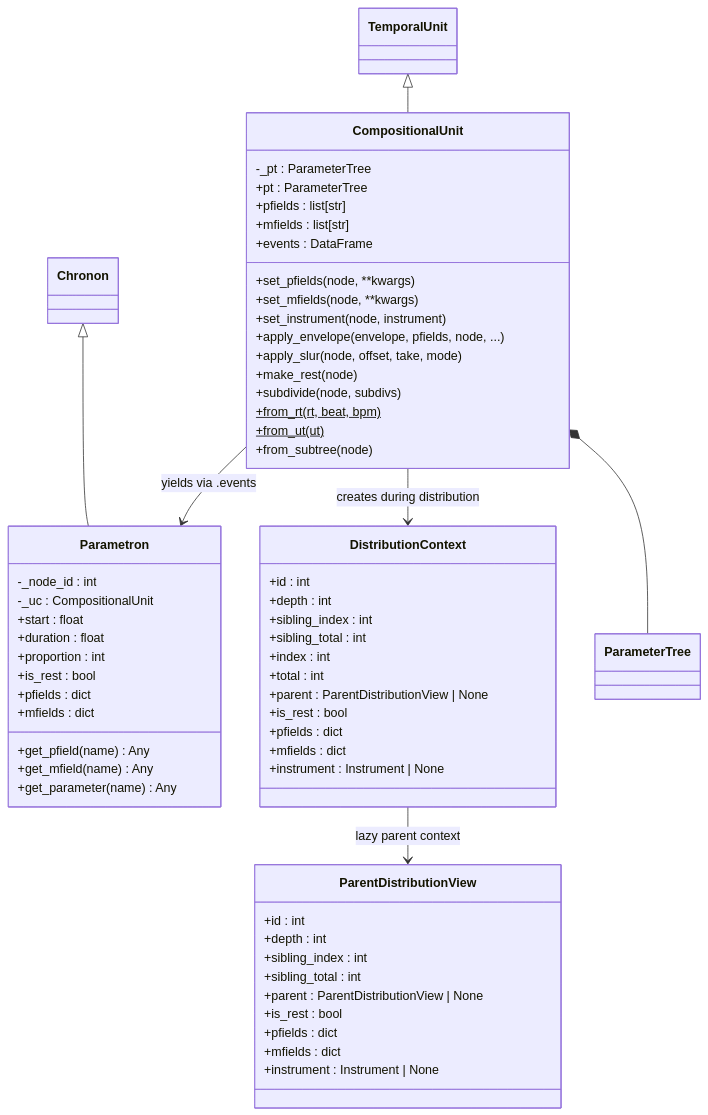
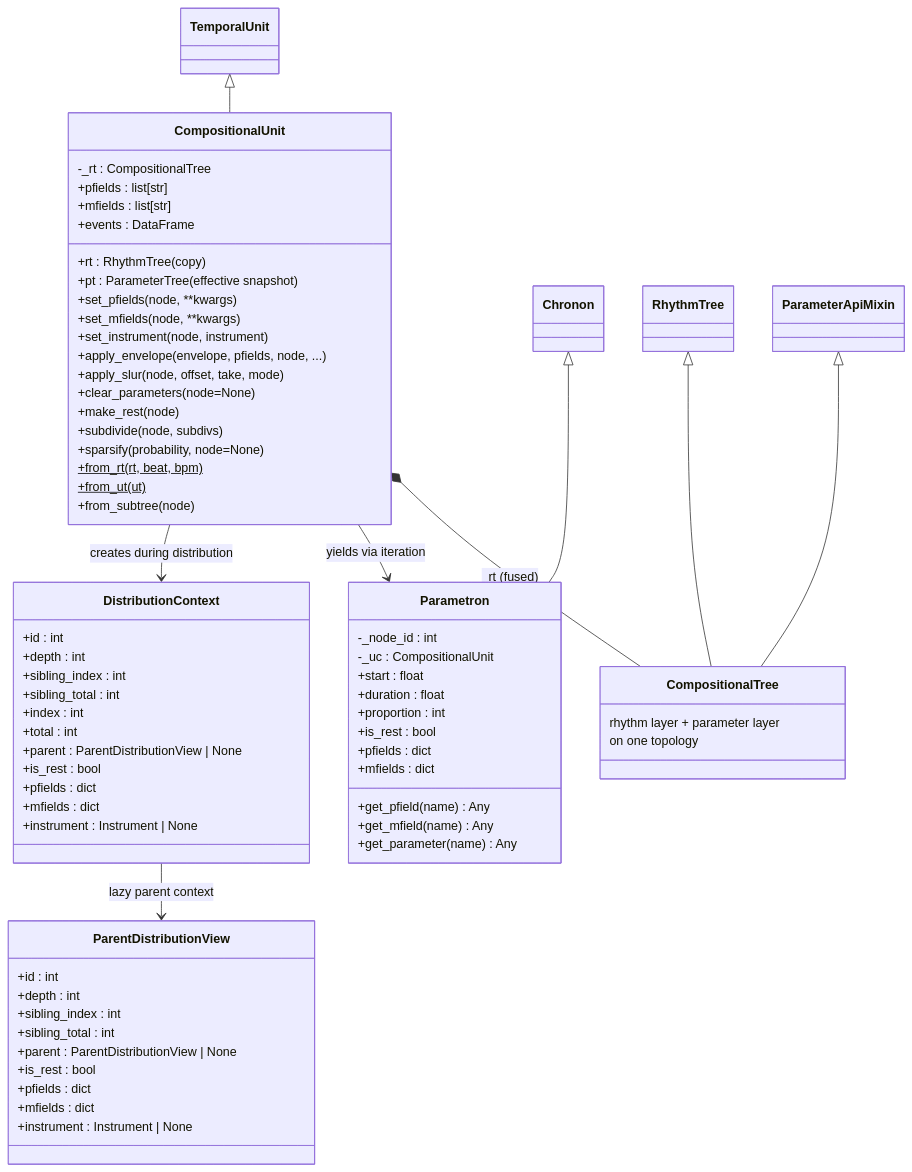
The seventh of 9 diagrams in docs/architecture/05_THETOS.md (kr4g/Klotho), drawn with Mermaid before and after one commit. The commit also changed other lines of this file and 13 other files, not shown here.

First line of the commit message:
Overhaul architecture docs for Klotho 10.x API

````diff
--- a/docs/architecture/05_THETOS.md
+++ b/docs/architecture/05_THETOS.md
@@ -320,68 +382,78 @@
 ```mermaid
 classDiagram
     TemporalUnit <|-- CompositionalUnit
     Chronon <|-- Parametron
+    RhythmTree <|-- CompositionalTree
+    ParameterApiMixin <|-- CompositionalTree
+
+    class CompositionalTree {
+        rhythm layer + parameter layer
+        on one topology
+    }
 
     class CompositionalUnit {
-        -_pt : ParameterTree
-        +pt : ParameterTree
+        -_rt : CompositionalTree
+        +rt : RhythmTree (copy)
+        +pt : ParameterTree (effective snapshot)
         +pfields : list[str]
         +mfields : list[str]
         +events : DataFrame
         +set_pfields(node, **kwargs)
         +set_mfields(node, **kwargs)
         +set_instrument(node, instrument)
         +apply_envelope(envelope, pfields, node, ...)
         +apply_slur(node, offset, take, mode)
+        +clear_parameters(node=None)
         +make_rest(node)
         +subdivide(node, subdivs)
+        +sparsify(probability, node=None)
         +from_rt(rt, beat, bpm)$
         +from_ut(ut)$
         +from_subtree(node)
     }
 
     class Parametron {
         -_node_id : int
         -_uc : CompositionalUnit
         +start : float
         +duration : float
         +proportion : int
         +is_rest : bool
         +pfields : dict
         +mfields : dict
         +get_pfield(name) Any
         +get_mfield(name) Any
         +get_parameter(name) Any
     }
 
     class DistributionContext {
         +id : int
         +depth : int
         +sibling_index : int
         +sibling_total : int
         +index : int
         +total : int
         +parent : ParentDistributionView | None
         +is_rest : bool
         +pfields : dict
         +mfields : dict
         +instrument : Instrument | None
     }
 
     class ParentDistributionView {
         +id : int
         +depth : int
         +sibling_index : int
         +sibling_total : int
         +parent : ParentDistributionView | None
         +is_rest : bool
         +pfields : dict
         +mfields : dict
         +instrument : Instrument | None
     }
 
-    CompositionalUnit *-- ParameterTree
-    CompositionalUnit --> Parametron : yields via .events
+    CompositionalUnit *-- CompositionalTree : _rt (fused)
+    CompositionalUnit --> Parametron : yields via iteration
     CompositionalUnit --> DistributionContext : creates during distribution
     DistributionContext --> ParentDistributionView : lazy parent context
 ```
````
